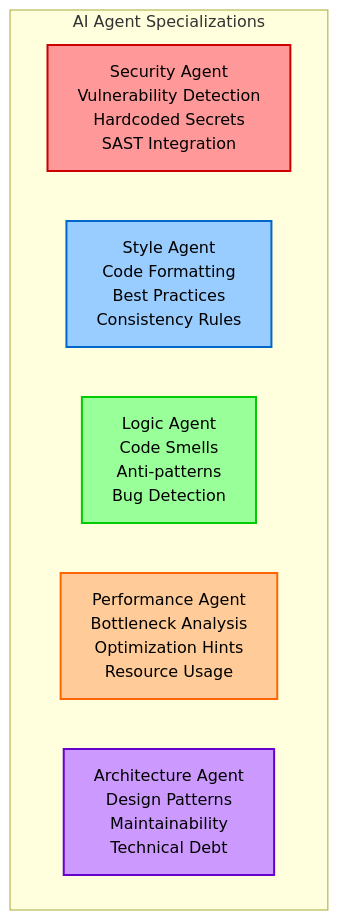
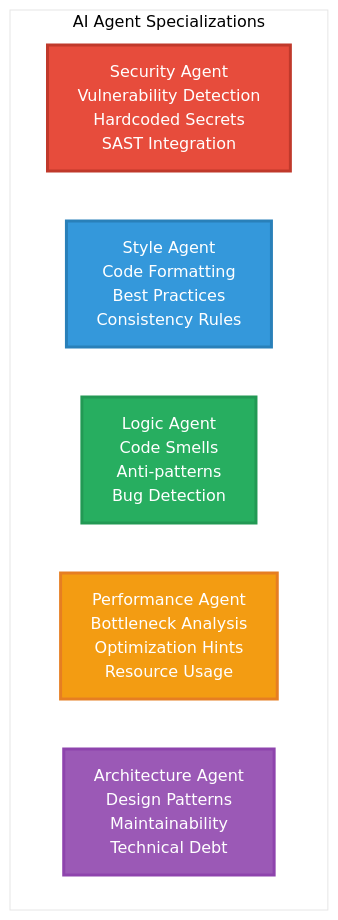
Before and after one commit to PriscillaOng12/AI-Code-Review-Squad: the second of 20 diagrams in README.md, drawn with Mermaid. The commit also changed other lines of this file, not shown here.

````diff
--- a/README.md
+++ b/README.md
@@ -56,16 +57,17 @@
 ```mermaid
+%%{init: {'theme': 'base', 'themeVariables': {'primaryColor': '#ffffff', 'primaryTextColor': '#2c3e50', 'primaryBorderColor': '#2c3e50', 'lineColor': '#34495e', 'secondaryColor': '#ffffff', 'tertiaryColor': '#ffffff', 'background': '#ffffff', 'mainBkg': '#ffffff', 'secondBkg': '#ffffff', 'tertiaryBkg': '#ffffff'}}}%%
 graph TB
     subgraph "AI Agent Specializations"
         SEC[Security Agent<br/>Vulnerability Detection<br/>Hardcoded Secrets<br/>SAST Integration]
         STYLE[Style Agent<br/>Code Formatting<br/>Best Practices<br/>Consistency Rules]
         LOGIC[Logic Agent<br/>Code Smells<br/>Anti-patterns<br/>Bug Detection]
         PERF[Performance Agent<br/>Bottleneck Analysis<br/>Optimization Hints<br/>Resource Usage]
         ARCH[Architecture Agent<br/>Design Patterns<br/>Maintainability<br/>Technical Debt]
     end
     
-    style SEC fill:#ff9999,stroke:#cc0000,stroke-width:2px,color:#000000
-    style STYLE fill:#99ccff,stroke:#0066cc,stroke-width:2px,color:#000000
-    style LOGIC fill:#99ff99,stroke:#00cc00,stroke-width:2px,color:#000000
-    style PERF fill:#ffcc99,stroke:#ff6600,stroke-width:2px,color:#000000
-    style ARCH fill:#cc99ff,stroke:#6600cc,stroke-width:2px,color:#000000
+    style SEC fill:#e74c3c,stroke:#c0392b,stroke-width:3px,color:#ffffff
+    style STYLE fill:#3498db,stroke:#2980b9,stroke-width:3px,color:#ffffff
+    style LOGIC fill:#27ae60,stroke:#229954,stroke-width:3px,color:#ffffff
+    style PERF fill:#f39c12,stroke:#e67e22,stroke-width:3px,color:#ffffff
+    style ARCH fill:#9b59b6,stroke:#8e44ad,stroke-width:3px,color:#ffffff
 ```
````
